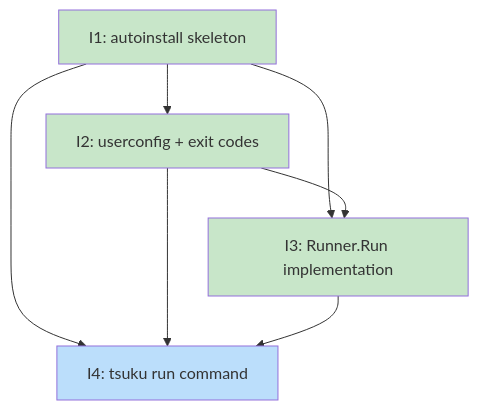
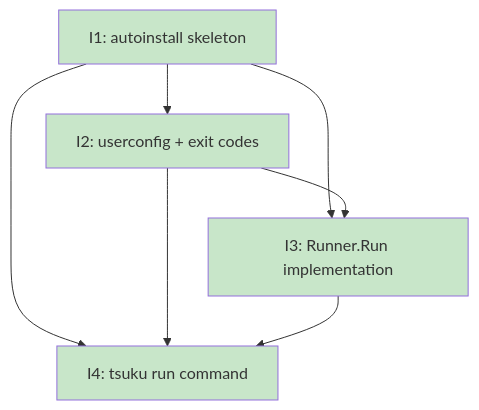
The diagram in docs/plans/PLAN-auto-install.md (tsukumogami/tsuku), drawn with Mermaid before and after one commit. The commit also changed other lines of this file and 5 other files, not shown here.

````diff
--- a/docs/plans/PLAN-auto-install.md
+++ b/docs/plans/PLAN-auto-install.md
@@ -127,27 +127,26 @@
 ```mermaid
 graph TD
     I1["I1: autoinstall skeleton"]
     I2["I2: userconfig + exit codes"]
     I3["I3: Runner.Run implementation"]
     I4["I4: tsuku run command"]
 
     I1 --> I2
     I1 --> I3
     I2 --> I3
     I1 --> I4
     I2 --> I4
     I3 --> I4
 
     classDef done fill:#c8e6c9
     classDef ready fill:#bbdefb
     classDef blocked fill:#fff9c4
     classDef needsDesign fill:#e1bee7
     classDef needsPrd fill:#b3e5fc
     classDef needsSpike fill:#ffcdd2
     classDef needsDecision fill:#d1c4e9
     classDef tracksDesign fill:#FFE0B2,stroke:#F57C00,color:#000
     classDef tracksPlan fill:#FFE0B2,stroke:#F57C00,color:#000
 
-    class I1,I2,I3 done
-    class I4 ready
+    class I1,I2,I3,I4 done
 ```
````
